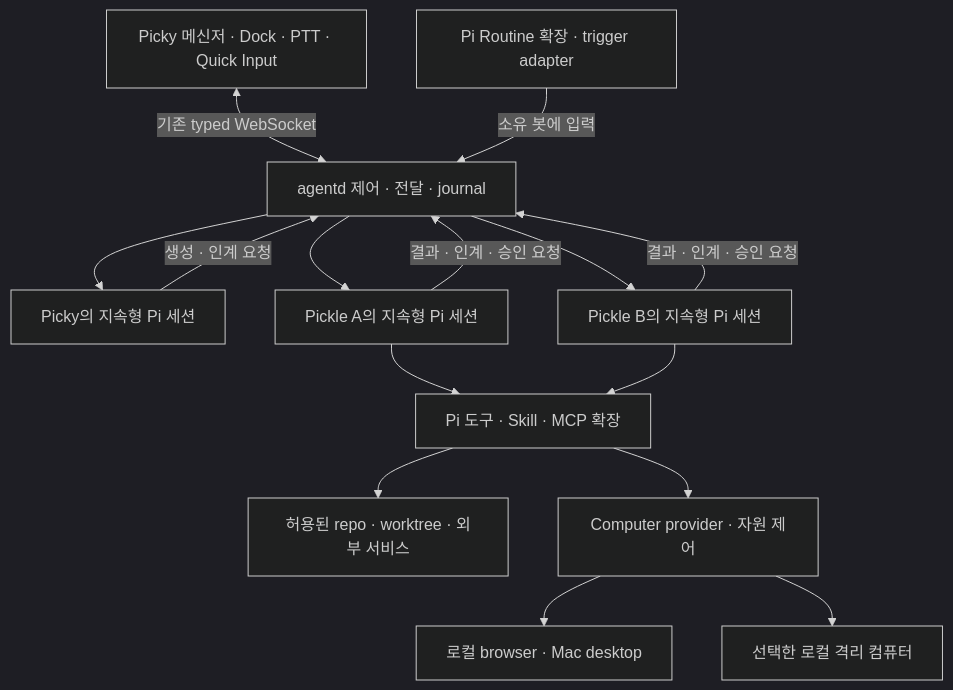
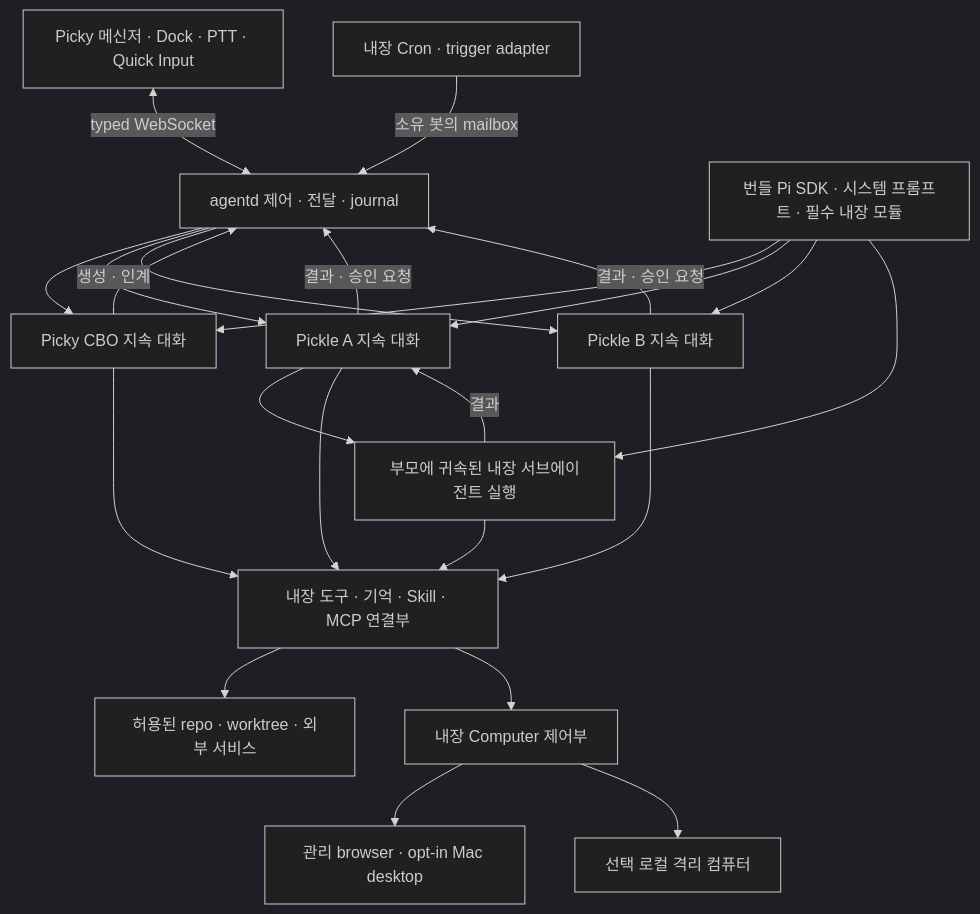
Before and after one commit to Jonghakseo/picky: the diagram in docs/picky-grok-bot-port-prd-b.md, drawn with Mermaid (dark theme). The commit also changed other lines of this file, not shown here.

Commit message:
docs: make Picky runtime built-in and isolated

````diff
--- a/docs/picky-grok-bot-port-prd-b.md
+++ b/docs/picky-grok-bot-port-prd-b.md
@@ -260,17 +274,25 @@
 ```mermaid
 flowchart TD
-    UI[Picky 메신저 · Dock · PTT · Quick Input] <-->|기존 typed WebSocket| D[agentd 제어 · 전달 · journal]
-    D --> CBO[Picky의 지속형 Pi 세션]
-    D --> A[Pickle A의 지속형 Pi 세션]
-    D --> B[Pickle B의 지속형 Pi 세션]
-    CBO -->|생성 · 인계 요청| D
-    A -->|결과 · 인계 · 승인 요청| D
-    B -->|결과 · 인계 · 승인 요청| D
-    R[Pi Routine 확장 · trigger adapter] -->|소유 봇에 입력| D
-    A --> T[Pi 도구 · Skill · MCP 확장]
+    UI[Picky 메신저 · Dock · PTT · Quick Input] <-->|typed WebSocket| D[agentd 제어 · 전달 · journal]
+    D --> CBO[Picky CBO 지속 대화]
+    D --> A[Pickle A 지속 대화]
+    D --> B[Pickle B 지속 대화]
+    CORE[번들 Pi SDK · 시스템 프롬프트 · 필수 내장 모듈] --> CBO
+    CORE --> A
+    CORE --> B
+    CBO -->|생성 · 인계| D
+    A -->|결과 · 승인 요청| D
+    B -->|결과 · 승인 요청| D
+    R[내장 Cron · trigger adapter] -->|소유 봇의 mailbox| D
+    A --> S[부모에 귀속된 내장 서브에이전트 실행]
+    CORE --> S
+    S -->|결과| A
+    A --> T[내장 도구 · 기억 · Skill · MCP 연결부]
     B --> T
+    CBO --> T
+    S --> T
     T --> W[허용된 repo · worktree · 외부 서비스]
-    T --> CP[Computer provider · 자원 제어]
-    CP --> MAC[로컬 browser · Mac desktop]
-    CP --> VM[선택한 로컬 격리 컴퓨터]
+    T --> CP[내장 Computer 제어부]
+    CP --> MAC[관리 browser · opt-in Mac desktop]
+    CP --> VM[선택 로컬 격리 컴퓨터]
 ```
````
